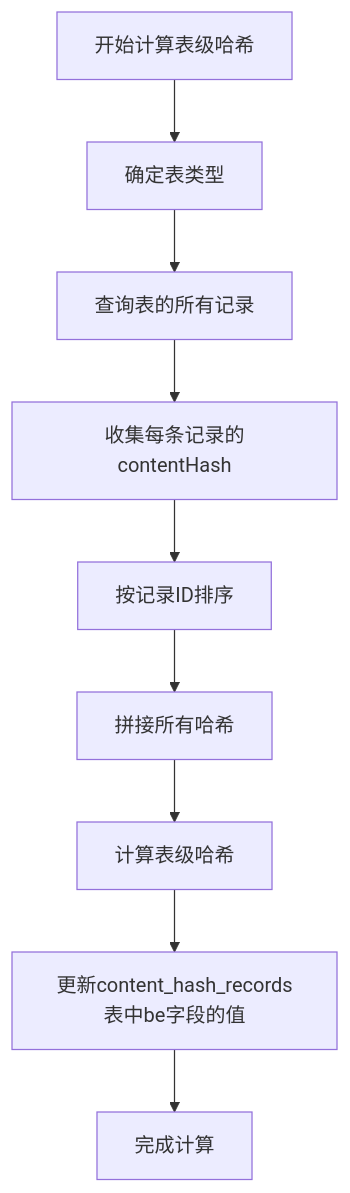
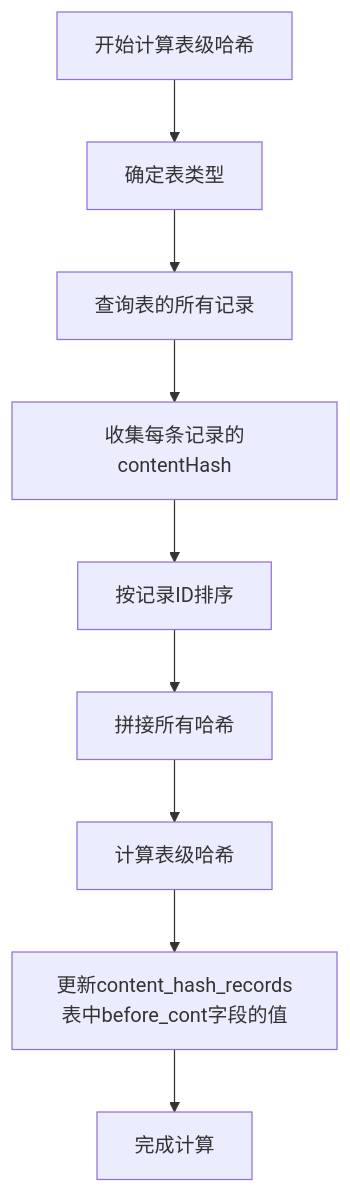
Before and after one commit to yingjianzh/iodraw-files: the diagram in all/未命名-47.md, drawn with Mermaid.

Commit message:
2025-04-29 14:09:14 update

````diff
--- a/all/未命名-47.md
+++ b/all/未命名-47.md
@@ -1,14 +1,14 @@
 ```mermaid
 flowchart TD
     Start[开始计算表级哈希] --> GetTableType[确定表类型]
     GetTableType --> QueryRecords[查询表的所有记录]
     QueryRecords --> CollectHashes[收集每条记录的contentHash]
     
     CollectHashes --> SortByIds[按记录ID排序]
     SortByIds --> ConcatHashes[拼接所有哈希]
     ConcatHashes --> ComputeTableHash[计算表级哈希]
     
-    ComputeTableHash --> UpdateStateTable[更新content_hash_records表中be字段的值]
+    ComputeTableHash --> UpdateStateTable[更新content_hash_records表中before_cont字段的值]
     UpdateStateTable --> End[完成计算]
 
 ```
````
